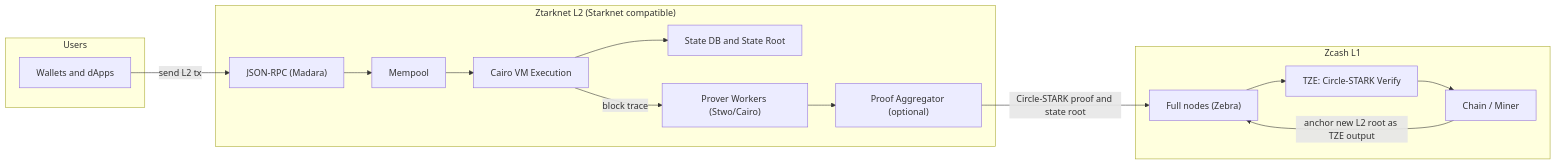
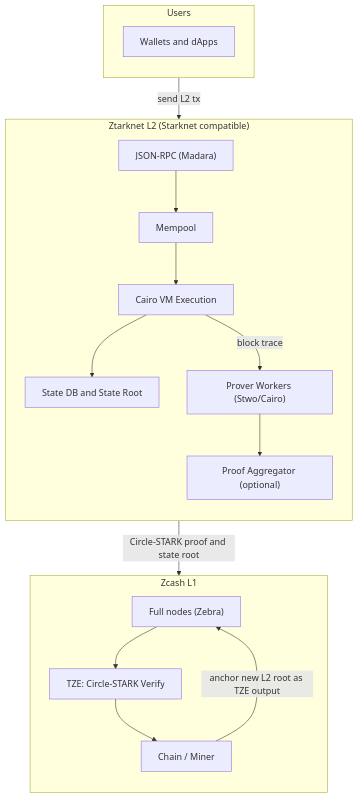
One commit to Ztarknet/ztarknet changed the first of 2 diagrams in README.md. Above: the diagram before and after it, drawn with Mermaid.

Commit message:
rework diagram for better visibility

````diff
--- a/README.md
+++ b/README.md
@@ -45,27 +45,31 @@
 ```mermaid
-flowchart LR
-    subgraph Users
+flowchart TB
+    subgraph Users["Users"]
+        direction TB
         U["Wallets and dApps"]
     end
 
     subgraph L2["Ztarknet L2 (Starknet compatible)"]
+        direction TB
         RPC["JSON-RPC (Madara)"]
         MEM["Mempool"]
         EXE["Cairo VM Execution"]
         ST["State DB and State Root"]
         PROV["Prover Workers (Stwo/Cairo)"]
         AGG["Proof Aggregator (optional)"]
     end
 
     subgraph L1["Zcash L1"]
+        direction TB
         ZN["Full nodes (Zebra)"]
         TZE["TZE: Circle-STARK Verify"]
         CHAIN["Chain / Miner"]
     end
 
-    U -->|send L2 tx| RPC --> MEM --> EXE --> ST
+    U -->|send L2 tx| RPC
+    RPC --> MEM --> EXE --> ST
     EXE -->|block trace| PROV --> AGG
     AGG -->|Circle-STARK proof and state root| ZN
     ZN --> TZE --> CHAIN
     CHAIN -->|anchor new L2 root as TZE output| ZN
 ```
````
